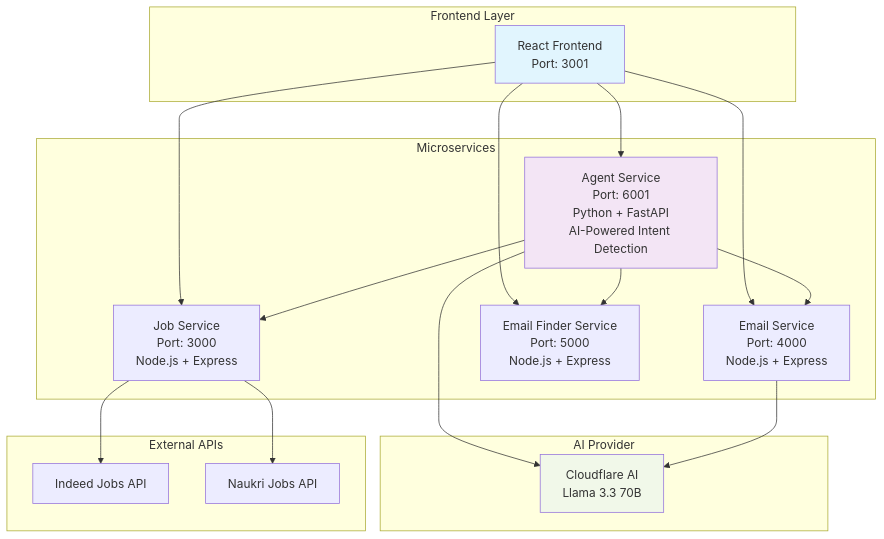
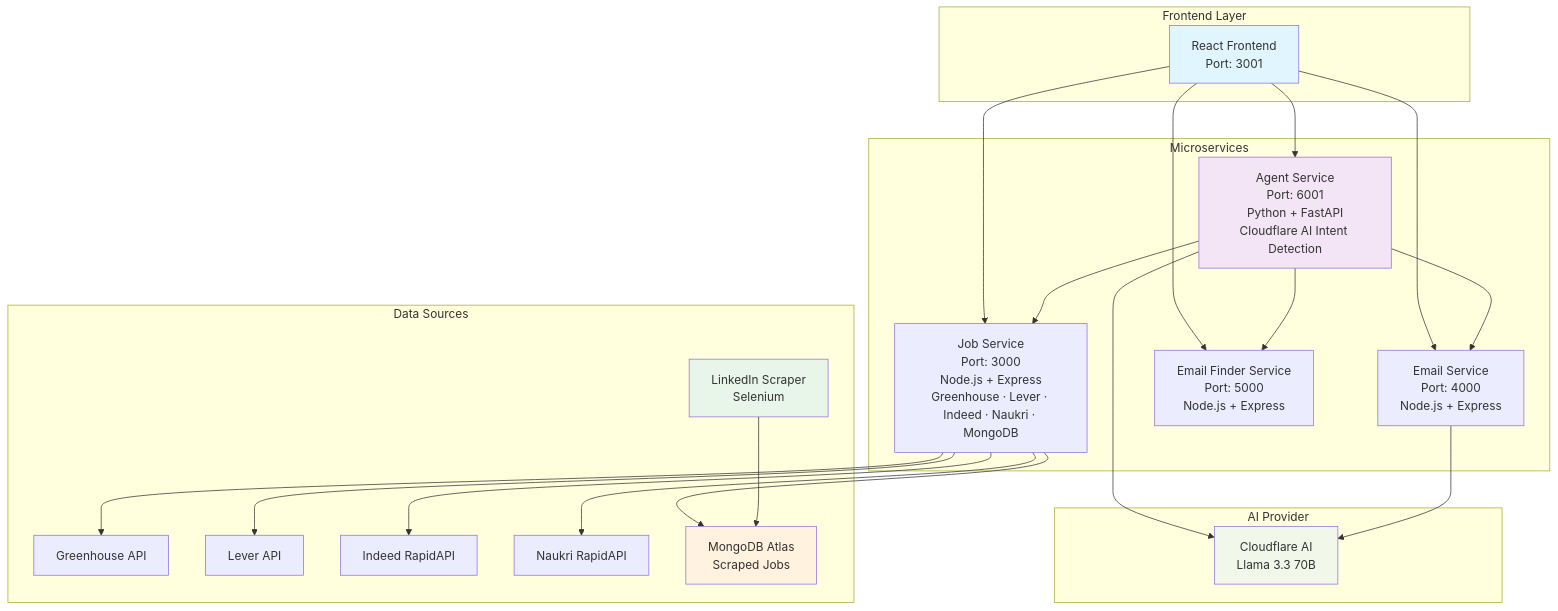
The diagram in readme.md (sanikaardekar/kong-agentic-ai), drawn with Mermaid before and after one commit. The commit also changed other lines of this file, not shown here.

````diff
--- a/readme.md
+++ b/readme.md
@@ -30,41 +26,52 @@
 ```mermaid
 graph TB
     subgraph "Frontend Layer"
         FE[React Frontend<br/>Port: 3001]
     end
-    
+
     subgraph "Microservices"
-        AGENT[Agent Service<br/>Port: 6001<br/>Python + FastAPI<br/>AI-Powered Intent Detection]
-        JOB[Job Service<br/>Port: 3000<br/>Node.js + Express]
+        AGENT[Agent Service<br/>Port: 6001<br/>Python + FastAPI<br/>Cloudflare AI Intent Detection]
+        JOB[Job Service<br/>Port: 3000<br/>Node.js + Express<br/>Greenhouse · Lever · Indeed · Naukri · MongoDB]
         EMAIL[Email Service<br/>Port: 4000<br/>Node.js + Express]
         FINDER[Email Finder Service<br/>Port: 5000<br/>Node.js + Express]
     end
-    
+
     subgraph "AI Provider"
         CF[Cloudflare AI<br/>Llama 3.3 70B]
     end
-    
-    subgraph "External APIs"
-        INDEED[Indeed Jobs API]
-        NAUKRI[Naukri Jobs API]
+
+    subgraph "Data Sources"
+        GH[Greenhouse API]
+        LV[Lever API]
+        IN[Indeed RapidAPI]
+        NK[Naukri RapidAPI]
+        MG[MongoDB Atlas<br/>Scraped Jobs]
+        LI[LinkedIn Scraper<br/>Selenium]
     end
-    
+
     FE --> AGENT
     FE --> JOB
     FE --> EMAIL
     FE --> FINDER
-    
+
     AGENT --> CF
     AGENT --> JOB
     AGENT --> EMAIL
     AGENT --> FINDER
-    
+
     EMAIL --> CF
-    
-    JOB --> INDEED
-    JOB --> NAUKRI
-    
+
+    JOB --> GH
+    JOB --> LV
+    JOB --> IN
+    JOB --> NK
+    JOB --> MG
+
+    LI --> MG
+
     style FE fill:#e1f5fe
     style AGENT fill:#f3e5f5
     style CF fill:#f1f8e9
+    style MG fill:#fff3e0
+    style LI fill:#e8f5e9
 ```
````
